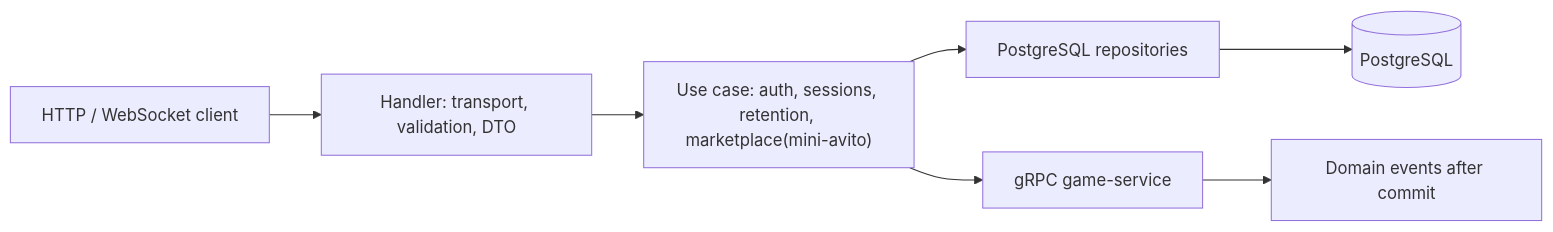
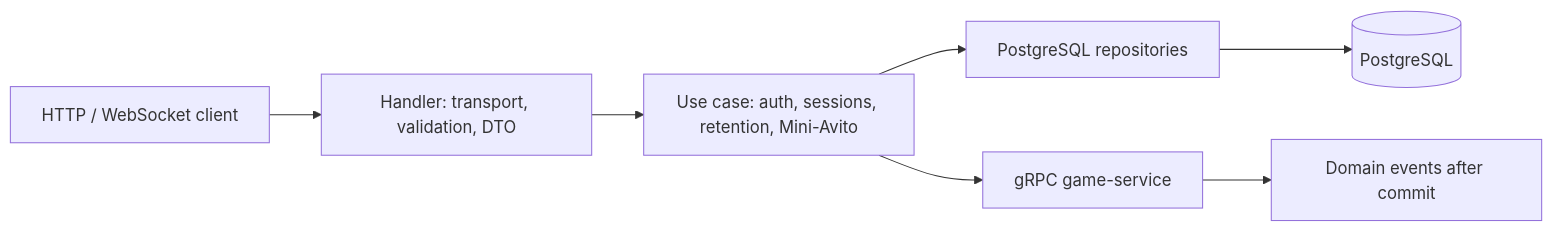
The diagram in README.md (timur-developer/avitosha-backend-contribution), drawn with Mermaid before and after one commit. The commit also changed other lines of this file, not shown here.

````diff
--- a/README.md
+++ b/README.md
@@ -116,9 +124,9 @@
 ```mermaid
 flowchart LR
     Client["HTTP / WebSocket client"] --> Handler["Handler: transport, validation, DTO"]
-    Handler --> Usecase["Use case: auth, sessions, retention, marketplace(mini-avito)"]
+    Handler --> Usecase["Use case: auth, sessions, retention, Mini-Avito"]
     Usecase --> Repository["PostgreSQL repositories"]
     Repository --> DB[(PostgreSQL)]
     Usecase --> GameService["gRPC game-service"]
     GameService --> Events["Domain events after commit"]
 ```
````
